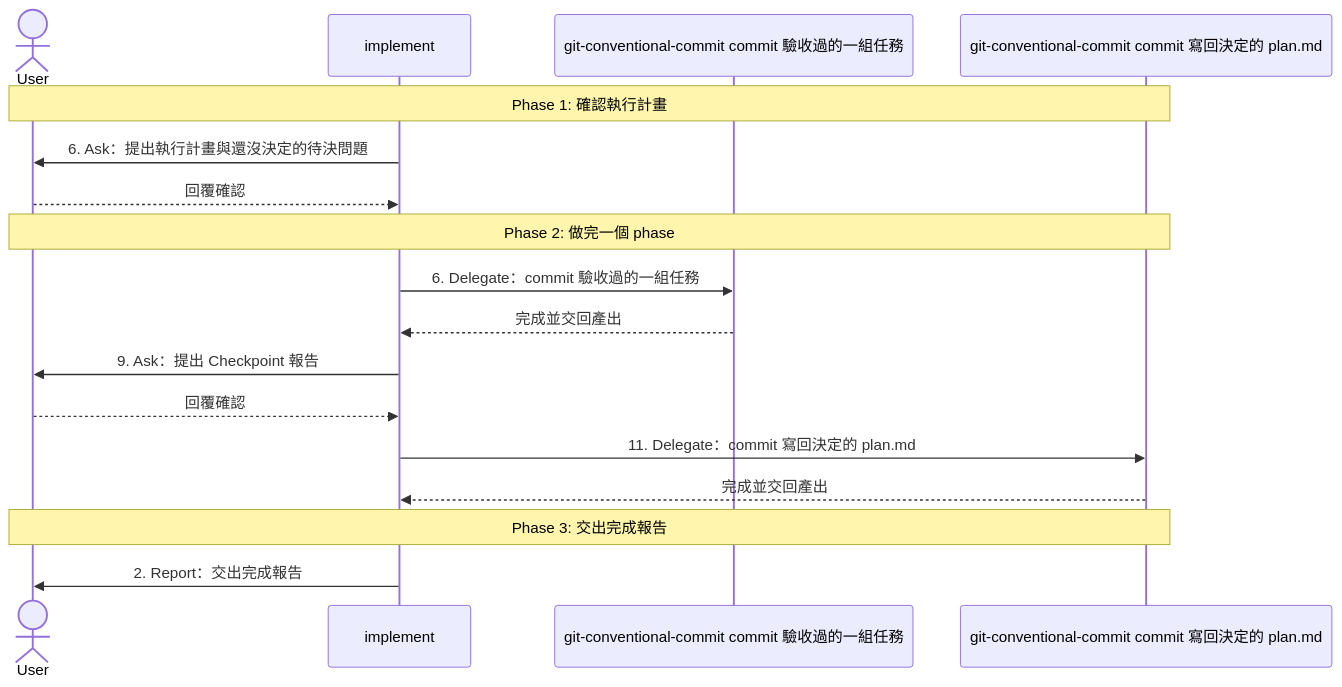
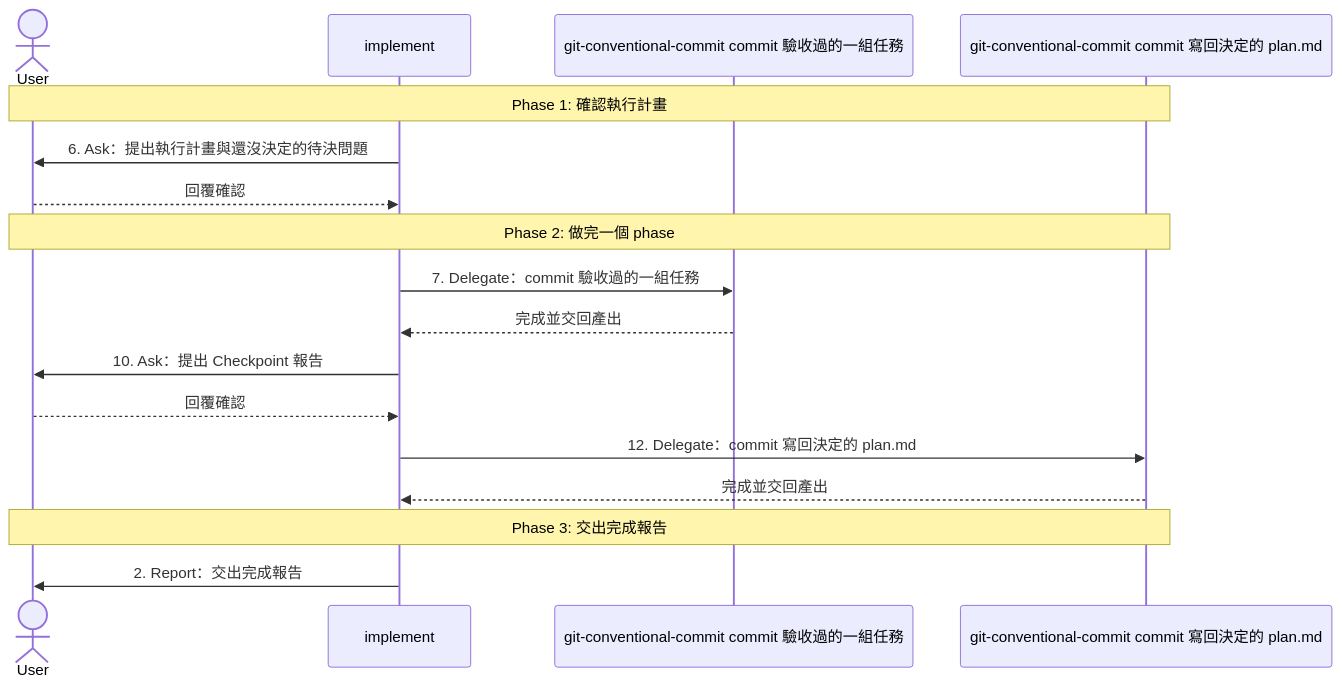
One commit to AI-x-BDD/BDGG-Dev-Skills changed the second of 2 diagrams in .agents/skills/implement/SKILL.md. Above: the diagram before and after it, drawn with Mermaid. The commit also changed other lines of this file and 25 other files, not shown here.

````diff
--- a/.agents/skills/implement/SKILL.md
+++ b/.agents/skills/implement/SKILL.md
@@ -112,19 +118,19 @@
 ```mermaid
 sequenceDiagram
     actor User
     participant Main as implement
     participant Sub_1 as git-conventional-commit commit 驗收過的一組任務
     participant Sub_2 as git-conventional-commit commit 寫回決定的 plan.md
     Note over User,Sub_2: Phase 1: 確認執行計畫
     Main->>User: 6. Ask：提出執行計畫與還沒決定的待決問題
     User-->>Main: 回覆確認
     Note over User,Sub_2: Phase 2: 做完一個 phase
-    Main->>Sub_1: 6. Delegate：commit 驗收過的一組任務
+    Main->>Sub_1: 7. Delegate：commit 驗收過的一組任務
     Sub_1-->>Main: 完成並交回產出
-    Main->>User: 9. Ask：提出 Checkpoint 報告
+    Main->>User: 10. Ask：提出 Checkpoint 報告
     User-->>Main: 回覆確認
-    Main->>Sub_2: 11. Delegate：commit 寫回決定的 plan.md
+    Main->>Sub_2: 12. Delegate：commit 寫回決定的 plan.md
     Sub_2-->>Main: 完成並交回產出
     Note over User,Sub_2: Phase 3: 交出完成報告
     Main->>User: 2. Report：交出完成報告
 ```
````
